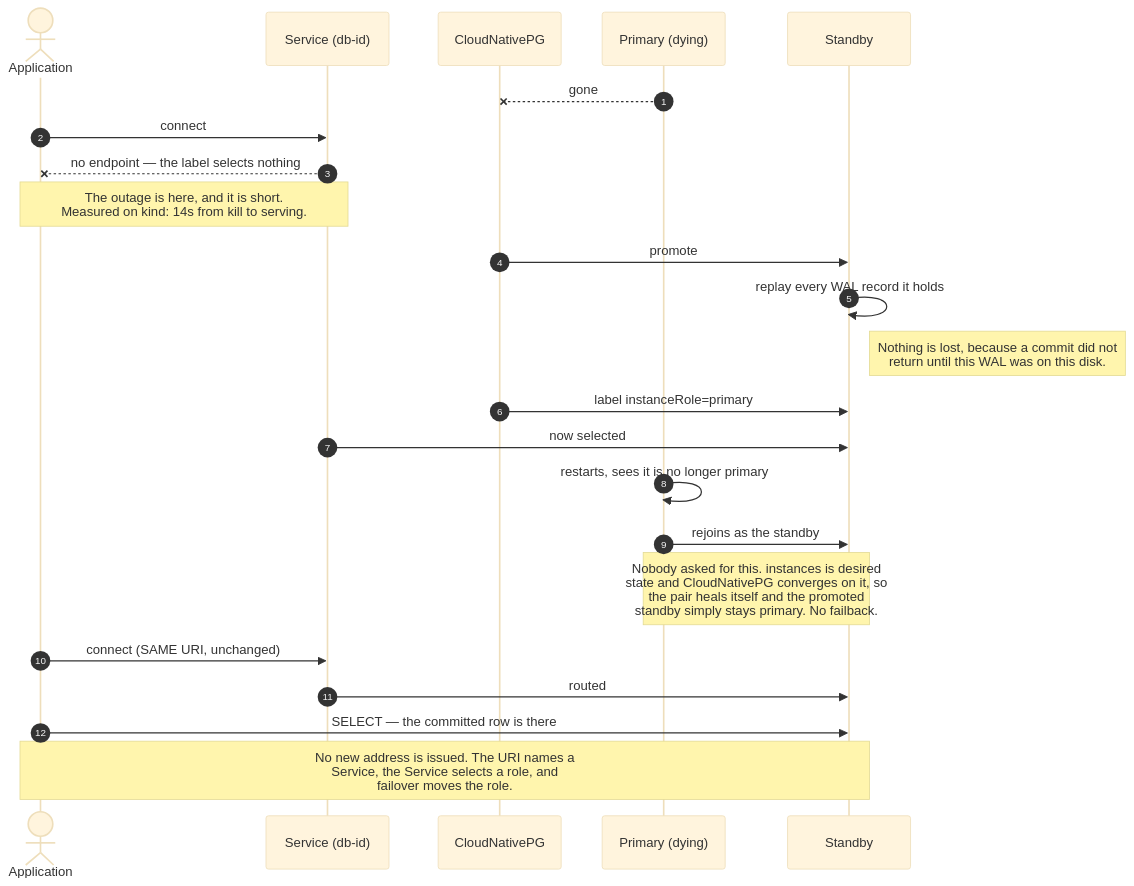
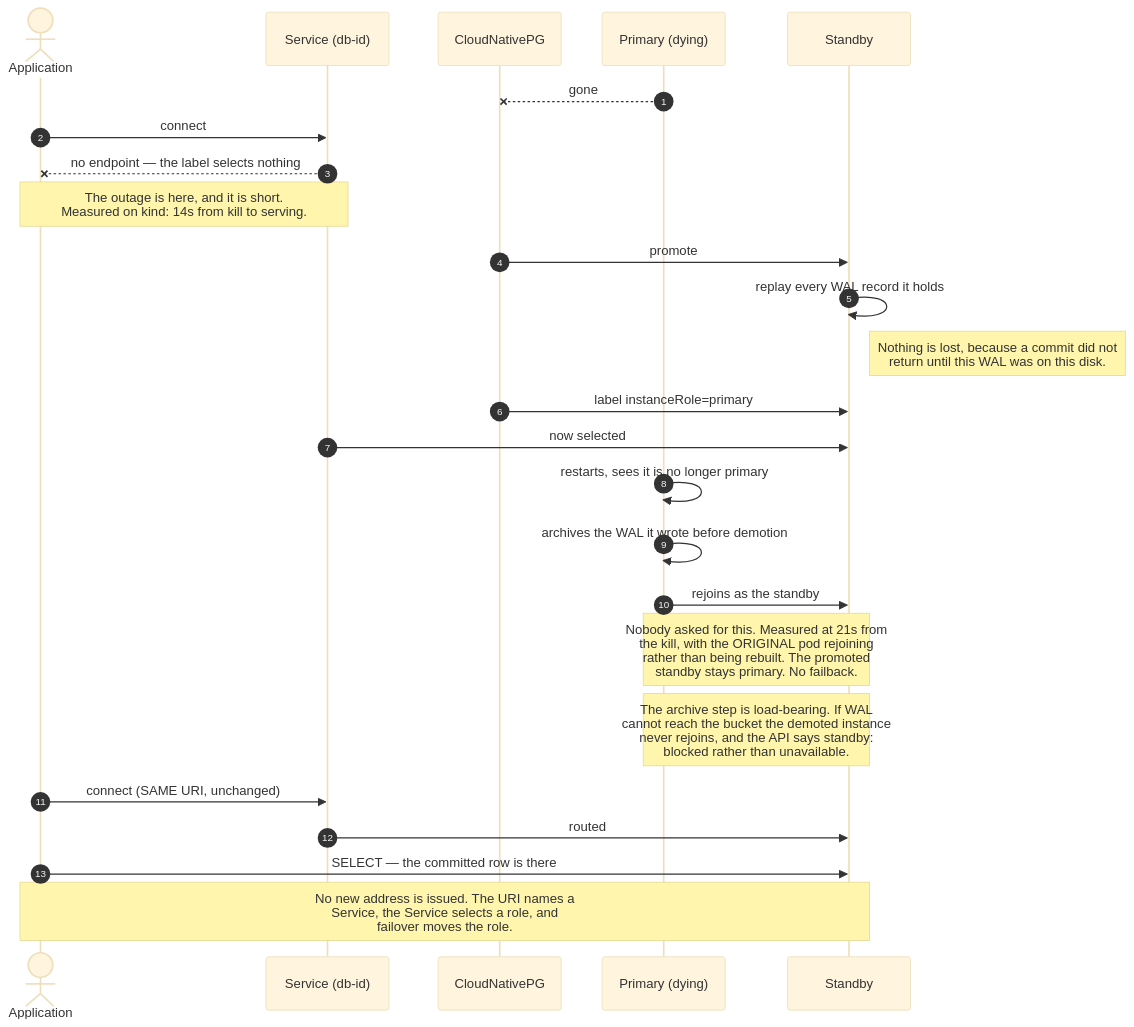
One commit to drigolabs/drigodb changed the third of 4 diagrams in docs/diagrams/high-availability.md. Above: the diagram before and after it, drawn with Mermaid (base theme). The commit also changed other lines of this file and 5 other files, not shown here.

First line of the commit message:
feat: say when a standby cannot come back, rather than only that it is missing (#120)

````diff
--- a/docs/diagrams/high-availability.md
+++ b/docs/diagrams/high-availability.md
@@ -93,29 +93,31 @@
 ```mermaid
 sequenceDiagram
     autonumber
     actor App as Application
     participant Svc as Service (db-id)
     participant CNPG as CloudNativePG
     participant P as Primary (dying)
     participant S as Standby
 
     P--xCNPG: gone
     App->>Svc: connect
     Svc--xApp: no endpoint — the label selects nothing
     Note over Svc,App: The outage is here, and it is short.<br/>Measured on kind: 14s from kill to serving.
 
     CNPG->>S: promote
     S->>S: replay every WAL record it holds
     Note right of S: Nothing is lost, because a commit did not<br/>return until this WAL was on this disk.
     CNPG->>S: label instanceRole=primary
     Svc->>S: now selected
 
     P->>P: restarts, sees it is no longer primary
+    P->>P: archives the WAL it wrote before demotion
     P->>S: rejoins as the standby
-    Note over P,S: Nobody asked for this. instances is desired<br/>state and CloudNativePG converges on it, so<br/>the pair heals itself and the promoted<br/>standby simply stays primary. No failback.
+    Note over P,S: Nobody asked for this. Measured at 21s from<br/>the kill, with the ORIGINAL pod rejoining<br/>rather than being rebuilt. The promoted<br/>standby stays primary. No failback.
+    Note over P,S: The archive step is load-bearing. If WAL<br/>cannot reach the bucket the demoted instance<br/>never rejoins, and the API says standby:<br/>blocked rather than unavailable.
 
     App->>Svc: connect (SAME URI, unchanged)
     Svc->>S: routed
     App->>S: SELECT — the committed row is there
     Note over App,S: No new address is issued. The URI names a<br/>Service, the Service selects a role, and<br/>failover moves the role.
 ```
````
